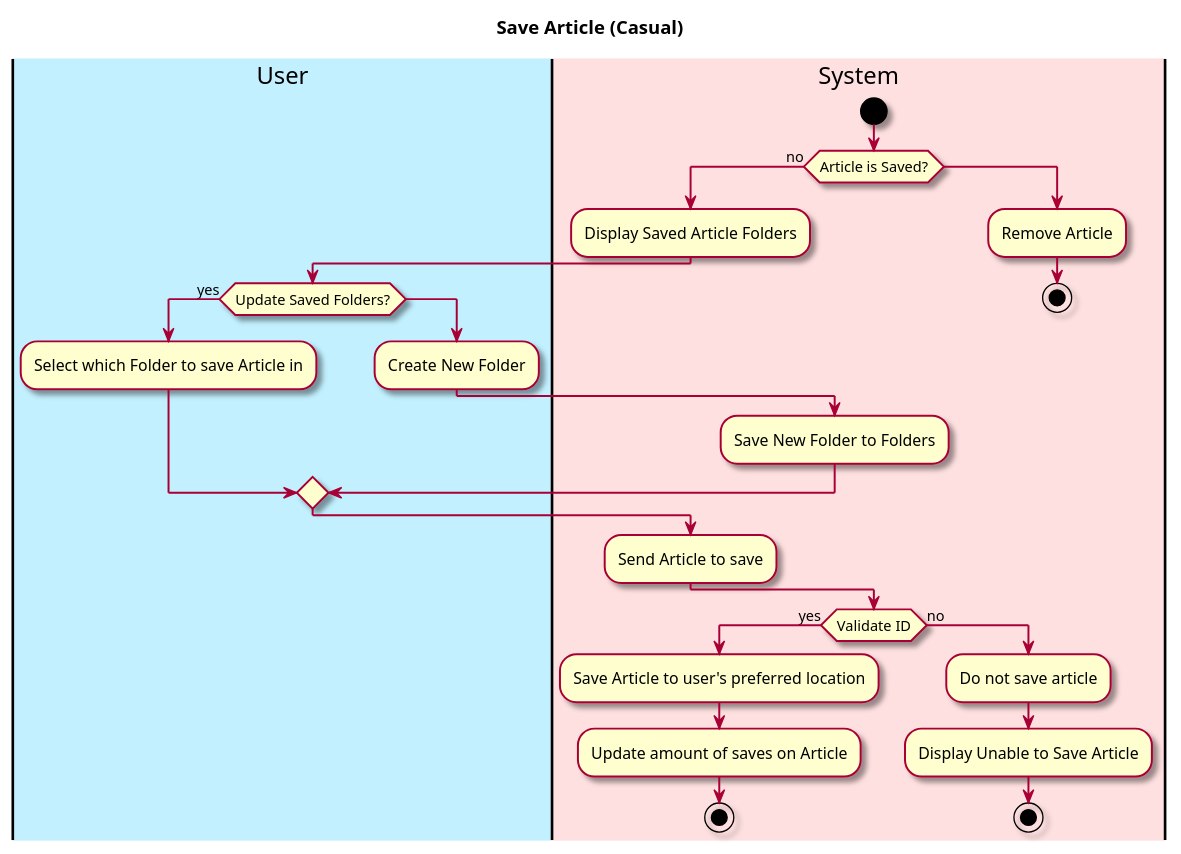
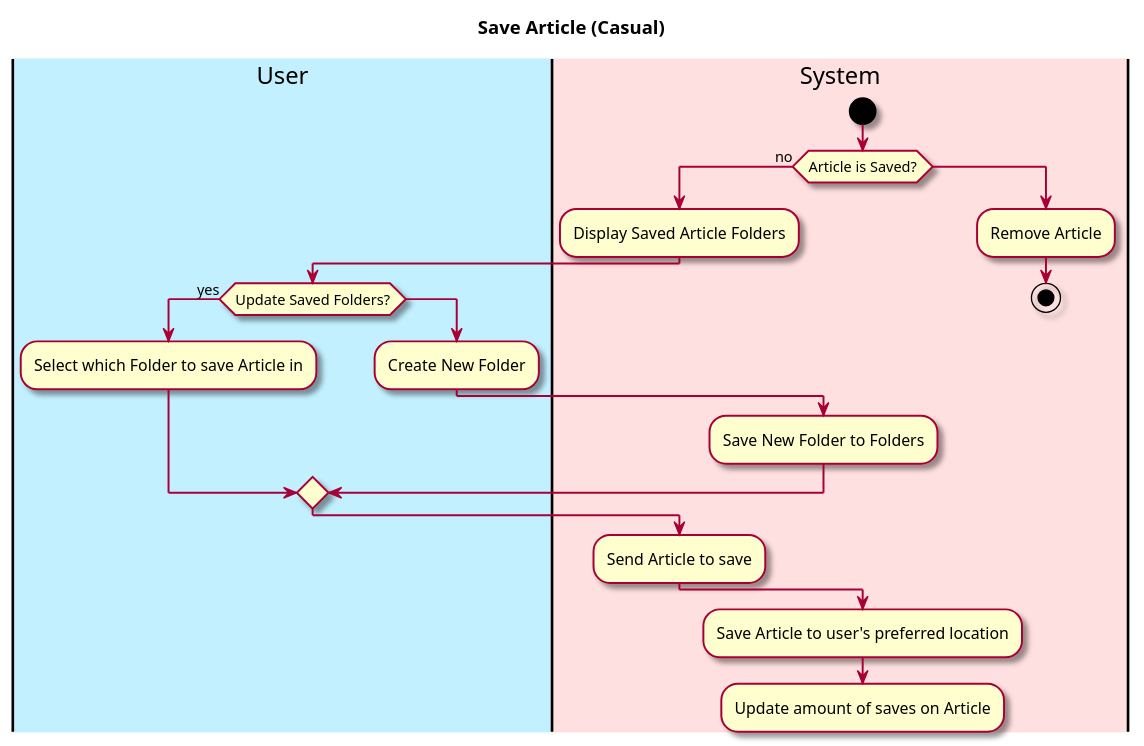
Before and after one commit to owhitleym-ui/EcoScoop: the first of 4 diagrams in intellij/doc/use-cases/save-article.md, drawn with PlantUML. The commit also changed 4 other files, not shown here.

````diff
--- a/intellij/doc/use-cases/save-article.md
+++ b/intellij/doc/use-cases/save-article.md
@@ -24,44 +24,35 @@
 ```plantuml
 @startuml
 
 skin rose
 
 title Save Article (Casual)
 
 'define the lanes
 |#application|User|
 |#implementation|System|
 
 |System|
 start
 if (Article is Saved?) then (no)
 :Display Saved Article Folders;
 |User|
 if(Update Saved Folders?) then (yes)
 :Select which Folder to save Article in;
 else()
 :Create New Folder;
 |System|
 :Save New Folder to Folders;
 endif
 |System|
 :Send Article to save;
  else ()
 :Remove Article;
 stop
 endif
 
 
-|System|
-if (Validate ID) then (yes)
 :Save Article to user's preferred location;
 :Update amount of saves on Article;
-stop
-
-else (no)
-:Do not save article;
-:Display Unable to Save Article;
-
-stop
 @enduml
 ```
````
